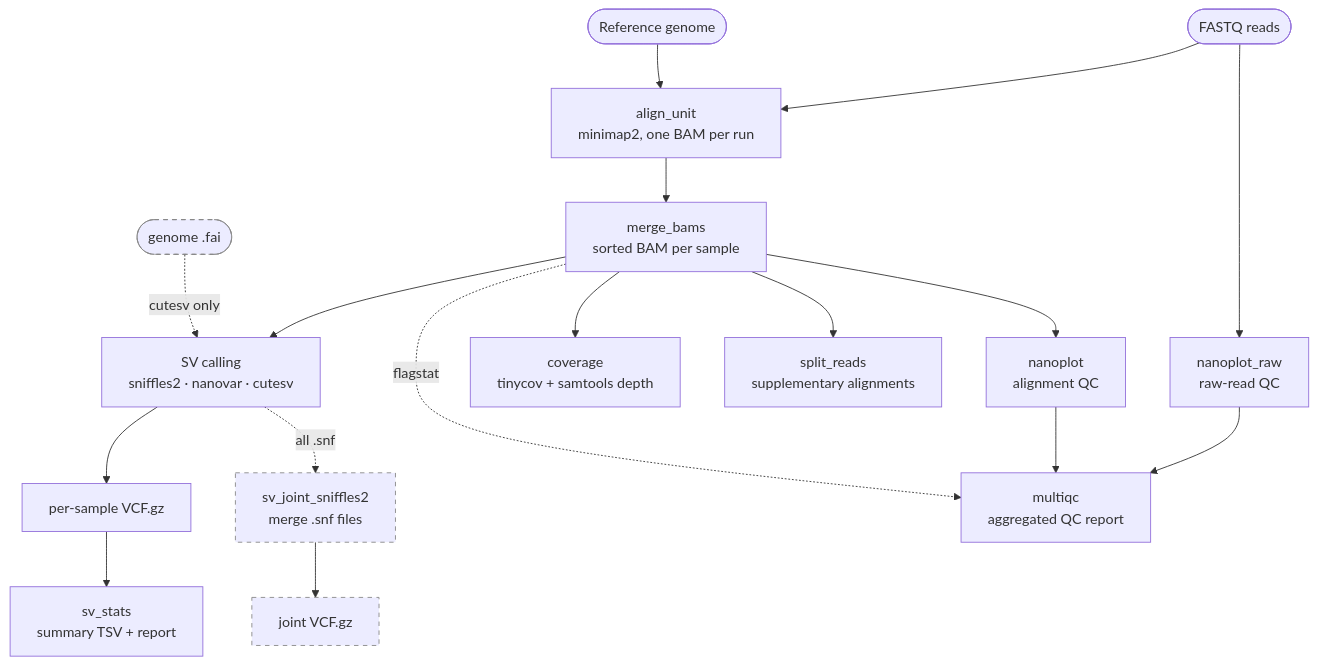
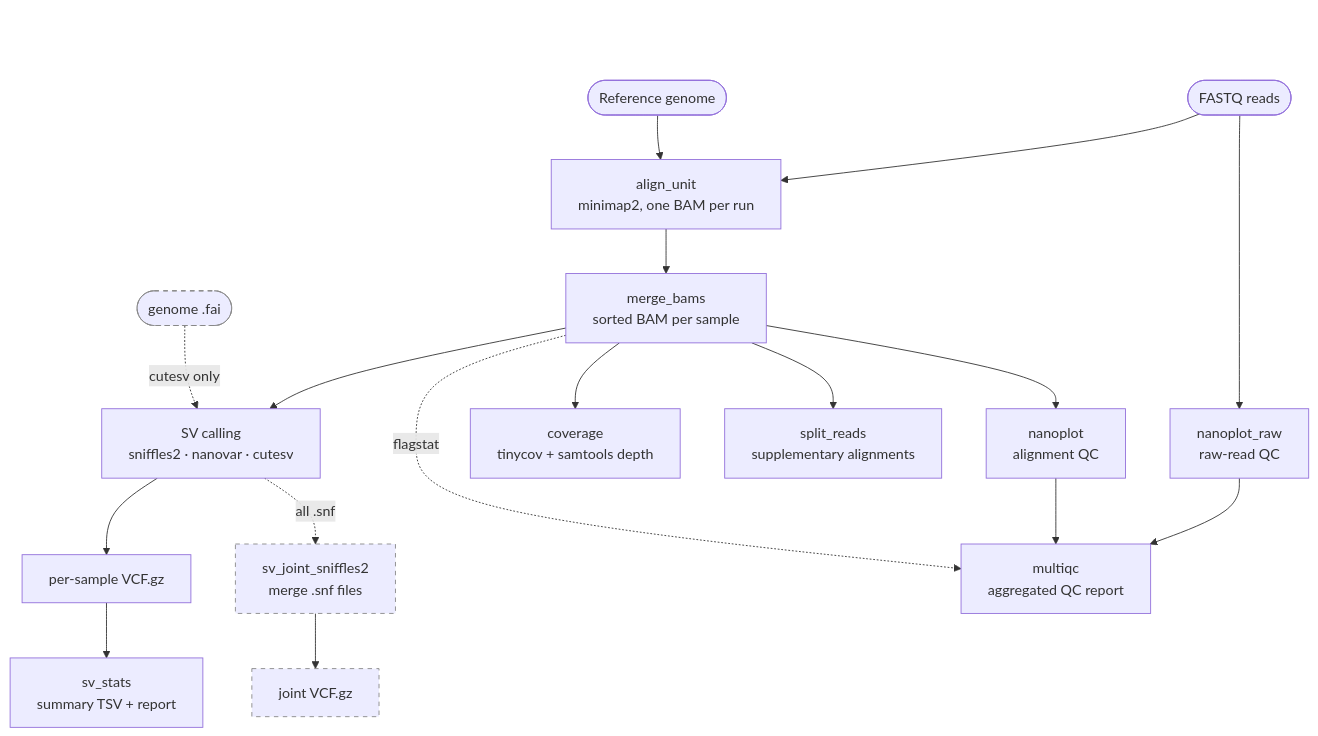
The first of 2 diagrams in README.md (katkah/snakemake-ont-sv), drawn with Mermaid before and after one commit.

Commit message:
Add a spacer rank above the pipeline diagram

````diff
--- a/README.md
+++ b/README.md
@@ -31,28 +31,32 @@
 ```mermaid
 flowchart TD
+    SPACER[" "]:::spacer
+    SPACER ~~~ FQ
+
     FQ(["FASTQ reads"]) --> AU
     REF(["Reference genome"]) --> AU
     FQ --> NPRAW["nanoplot_raw<br/>raw-read QC"]
 
     AU["align_unit<br/>minimap2, one BAM per run"]
     AU --> MB["merge_bams<br/>sorted BAM per sample"]
 
     MB --> NP["nanoplot<br/>alignment QC"]
     MB --> COV["coverage<br/>tinycov + samtools depth"]
     MB --> SPLIT["split_reads<br/>supplementary alignments"]
     MB --> CALL["SV calling<br/>sniffles2 · nanovar · cutesv"]
 
     FAI(["genome .fai"]) -. "cutesv only" .-> CALL
     CALL --> VCF["per-sample VCF.gz"]
     VCF --> STATS["sv_stats<br/>summary TSV + report"]
 
     CALL -. "all .snf" .-> JOINT["sv_joint_sniffles2<br/>merge .snf files"]
     JOINT --> JVCF["joint VCF.gz"]
 
     NPRAW --> MQC["multiqc<br/>aggregated QC report"]
     NP --> MQC
     MB -. "flagstat" .-> MQC
 
     classDef optional stroke:#888,stroke-dasharray:5 5;
+    classDef spacer fill:none,stroke:none;
     class JOINT,JVCF,FAI optional;
 ```
````
